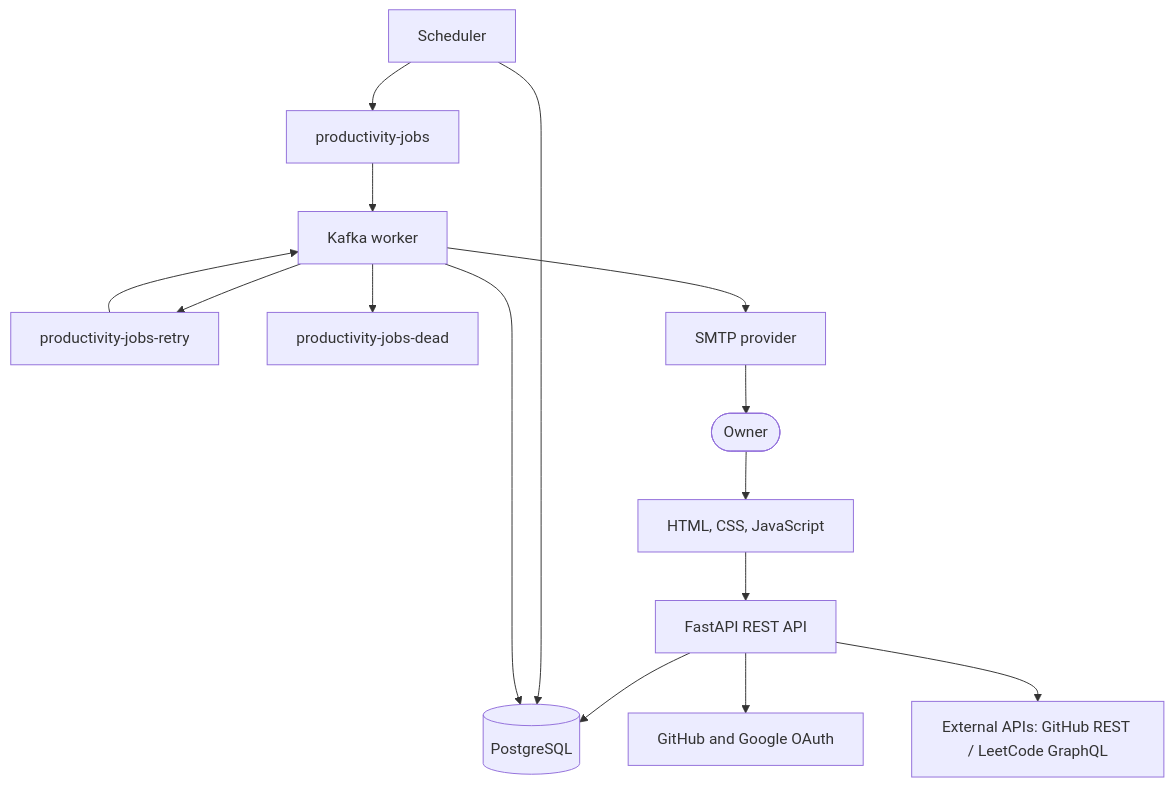
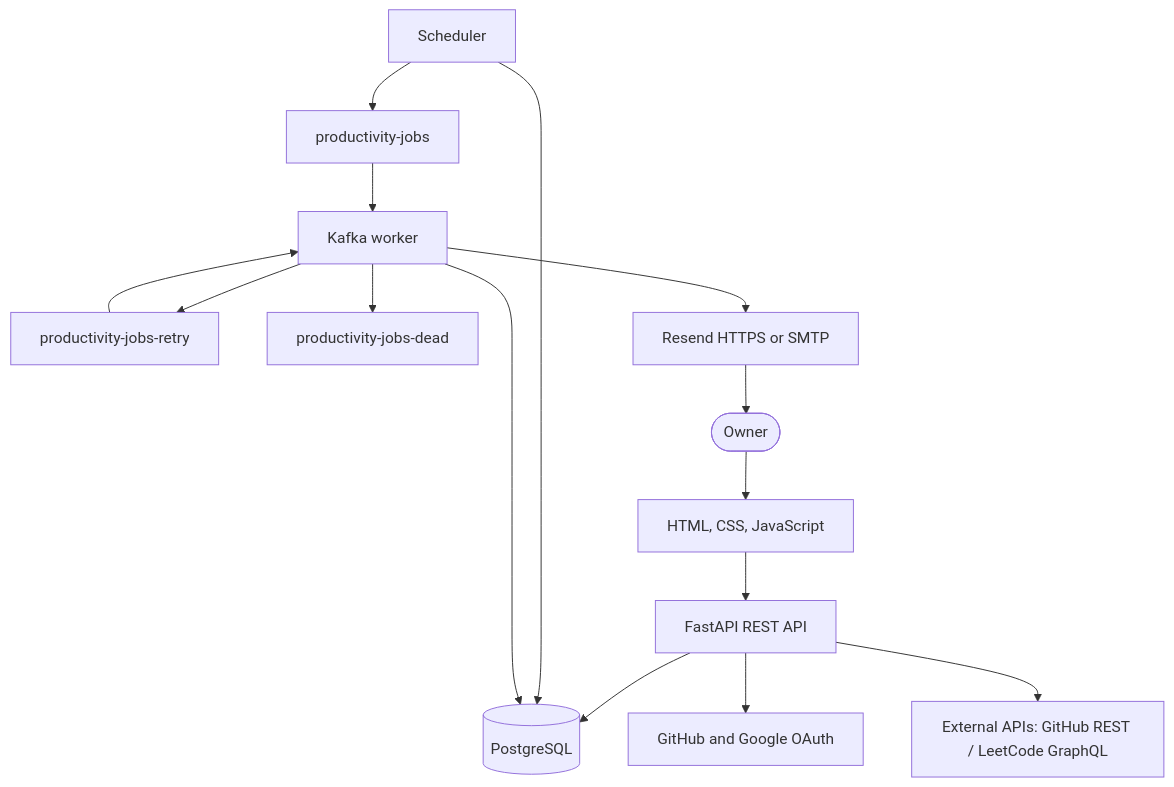
The first of 2 diagrams in ARCHITECTURE.md (rajeev8008/Pace), drawn with Mermaid before and after one commit. The commit also changed other lines of this file and 17 other files, not shown here.

````diff
--- a/ARCHITECTURE.md
+++ b/ARCHITECTURE.md
@@ -7,18 +7,18 @@
 ```mermaid
 flowchart TB
     User([Owner]) --> UI[HTML, CSS, JavaScript]
     UI --> API[FastAPI REST API]
     API --> DB[(PostgreSQL)]
     API --> OAuth[GitHub and Google OAuth]
     API --> External[External APIs: GitHub REST / LeetCode GraphQL]
 
     Scheduler --> DB
     Scheduler --> MainTopic[productivity-jobs]
     MainTopic --> Worker[Kafka worker]
     RetryTopic[productivity-jobs-retry] --> Worker
     Worker --> DB
     Worker --> RetryTopic
     Worker --> DeadTopic[productivity-jobs-dead]
-    Worker --> SMTP[SMTP provider]
-    SMTP --> User
+    Worker --> Email[Resend HTTPS or SMTP]
+    Email --> User
 ```
````
